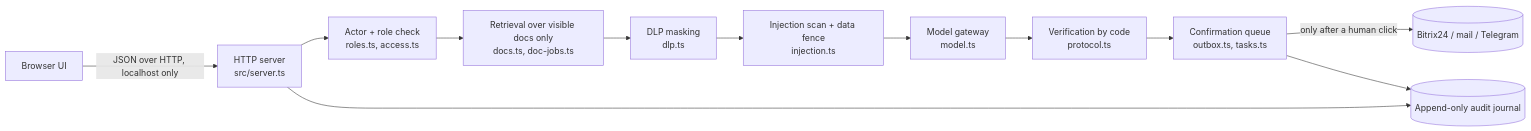
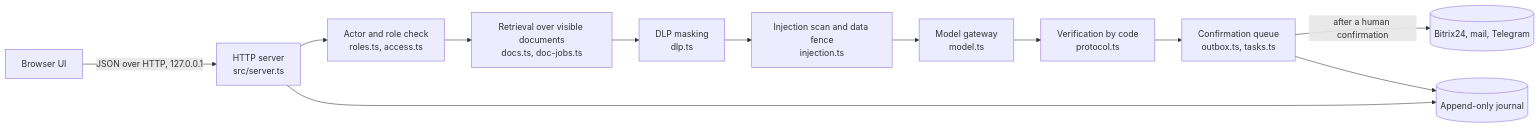
Before and after one commit to d1a4y3-wq/ai-photoprint: the diagram in README.md, drawn with Mermaid. The commit also changed other lines of this file and 1 other file, not shown here.

````diff
--- a/README.md
+++ b/README.md
@@ -48,14 +56,14 @@
 ```mermaid
 flowchart LR
-  U[Browser UI] -->|JSON over HTTP, localhost only| S[HTTP server<br/>src/server.ts]
-  S --> A[Actor + role check<br/>roles.ts, access.ts]
-  A --> R[Retrieval over visible docs only<br/>docs.ts, doc-jobs.ts]
+  U[Browser UI] -->|JSON over HTTP, 127.0.0.1| S[HTTP server<br/>src/server.ts]
+  S --> A[Actor and role check<br/>roles.ts, access.ts]
+  A --> R[Retrieval over visible documents<br/>docs.ts, doc-jobs.ts]
   R --> D[DLP masking<br/>dlp.ts]
-  D --> I[Injection scan + data fence<br/>injection.ts]
+  D --> I[Injection scan and data fence<br/>injection.ts]
   I --> M[Model gateway<br/>model.ts]
   M --> V[Verification by code<br/>protocol.ts]
   V --> Q[Confirmation queue<br/>outbox.ts, tasks.ts]
-  Q -->|only after a human click| X[(Bitrix24 / mail / Telegram)]
-  S --> J[(Append-only audit journal)]
+  Q -->|after a human confirmation| X[(Bitrix24, mail, Telegram)]
+  S --> J[(Append-only journal)]
   Q --> J
 ```
````
